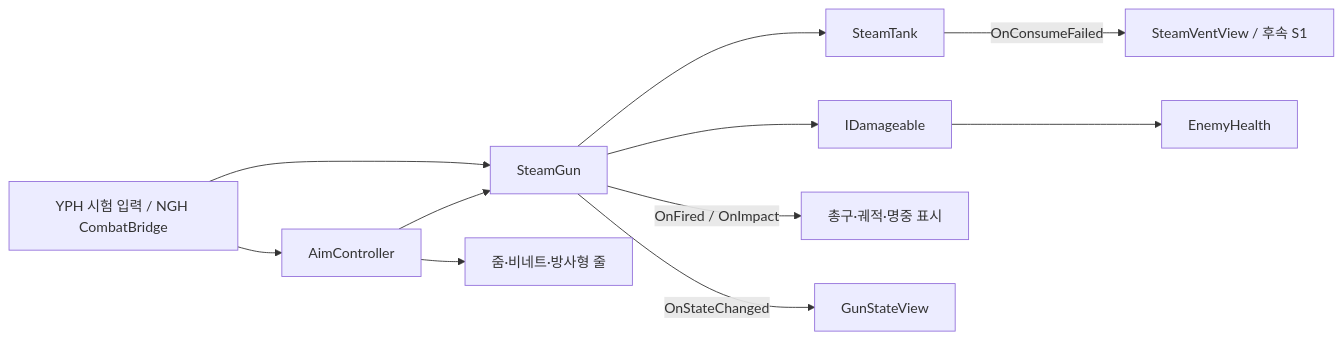
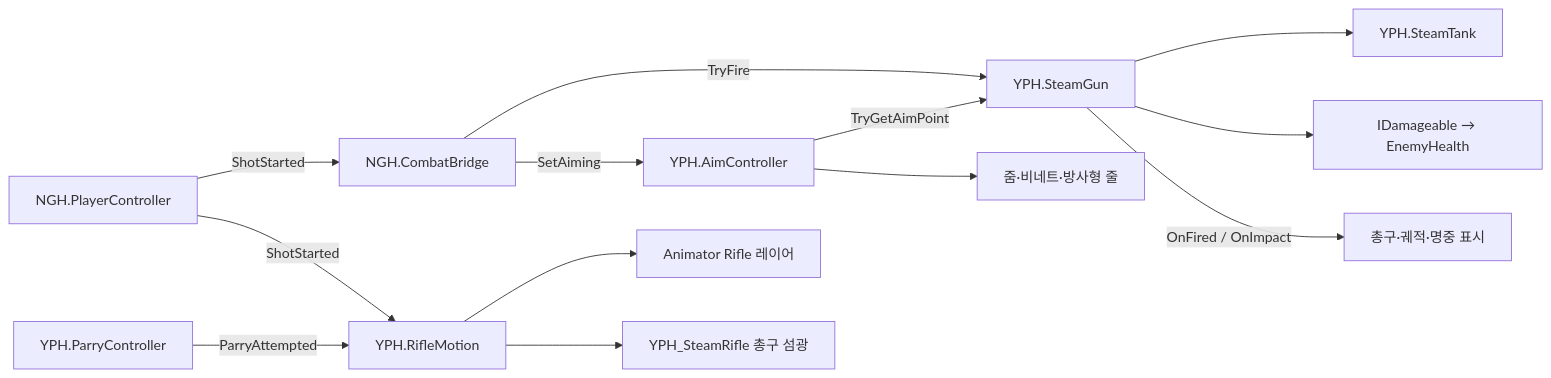
One commit to Shaun1667/Project-SteamAttack changed the diagram in SteamAttack/TeamWorkflow/Features/원거리무기.md. Above: the diagram before and after it, drawn with Mermaid. The commit also changed other lines of this file and 7 other files, not shown here.

````diff
--- a/SteamAttack/TeamWorkflow/Features/원거리무기.md
+++ b/SteamAttack/TeamWorkflow/Features/원거리무기.md
@@ -88,13 +95,15 @@
 ```mermaid
 flowchart LR
-    Input[YPH 시험 입력 / NGH CombatBridge] --> Gun[SteamGun]
-    Gun --> Tank[SteamTank]
-    Gun --> Target[IDamageable]
-    Target --> Health[EnemyHealth]
+    PC[NGH.PlayerController] -- ShotStarted --> Bridge[NGH.CombatBridge]
+    PC -- ShotStarted --> Motion[YPH.RifleMotion]
+    Bridge -- TryFire --> Gun[YPH.SteamGun]
+    Bridge -- SetAiming --> Aim[YPH.AimController]
+    Aim -- TryGetAimPoint --> Gun
+    Aim --> Views[줌·비네트·방사형 줄]
+    Gun --> Tank[YPH.SteamTank]
+    Gun --> Target[IDamageable → EnemyHealth]
     Gun -- OnFired / OnImpact --> FX[총구·궤적·명중 표시]
-    Gun -- OnStateChanged --> StateView[GunStateView]
-    Input --> Aim[AimController]
-    Aim --> Gun
-    Aim --> Views[줌·비네트·방사형 줄]
-    Tank -- OnConsumeFailed --> Vent[SteamVentView / 후속 S1]
+    Parry[YPH.ParryController] -- ParryAttempted --> Motion
+    Motion --> Anim[Animator Rifle 레이어]
+    Motion --> Flash[YPH_SteamRifle 총구 섬광]
 ```
````
